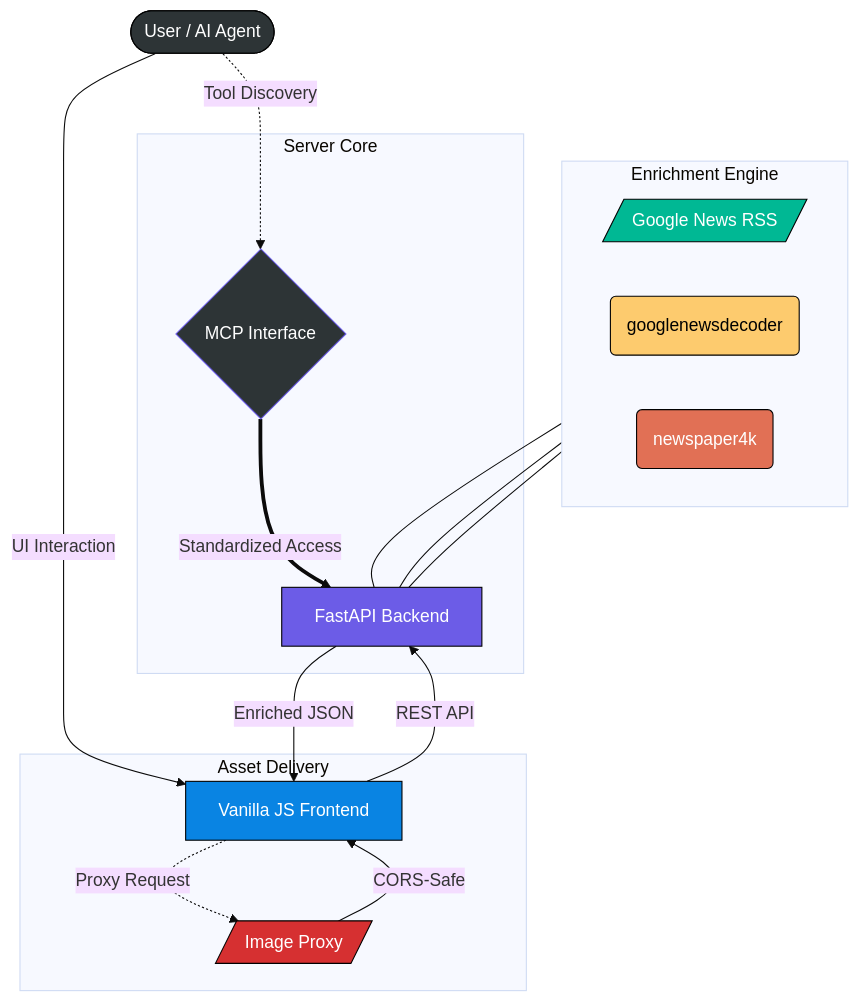
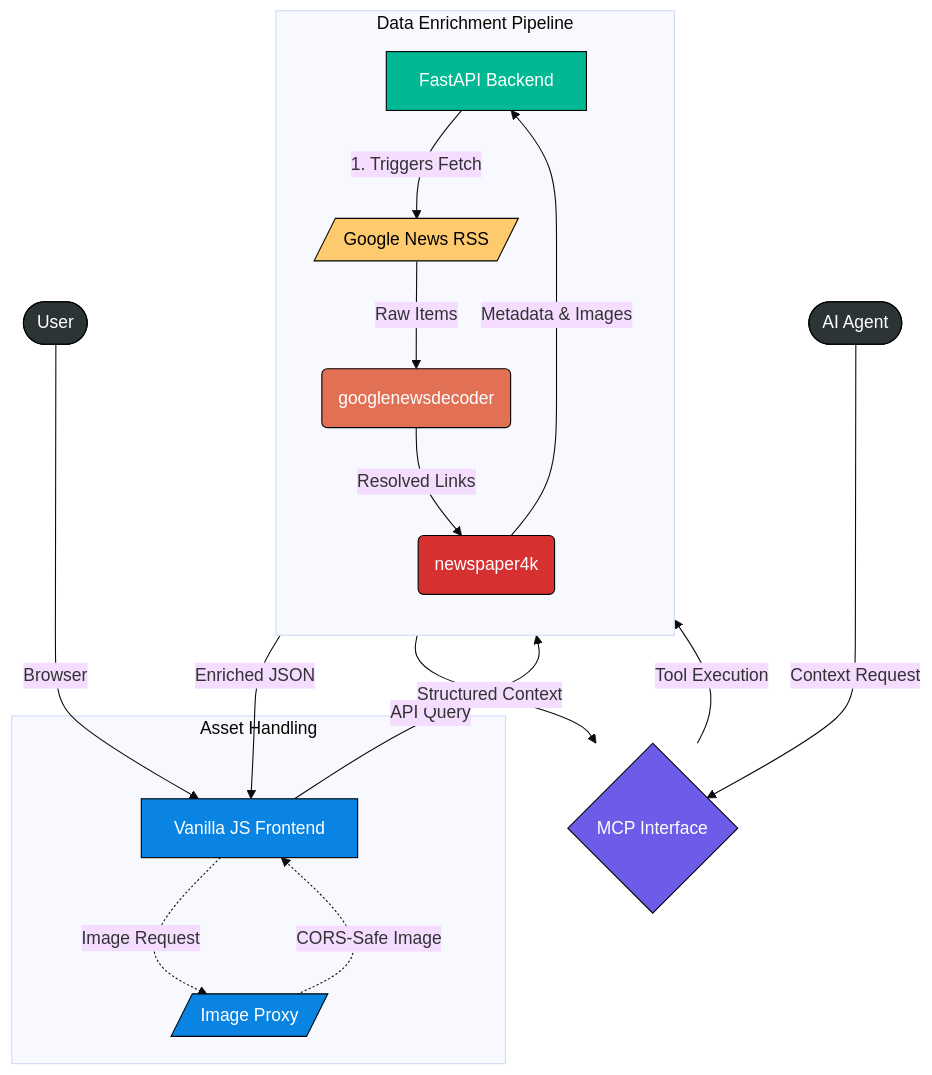
The diagram in README.md (aniketqxp/simple-news-aggregator), drawn with Mermaid (base theme) before and after one commit.

Commit message:
docs: refine system architecture flowchart for clear directional flow and MCP integration

````diff
--- a/README.md
+++ b/README.md
@@ -16,38 +16,39 @@
 ```mermaid
 graph TD
-    %% Node Definitions
-    U([User / AI Agent]) -->|UI Interaction| FE[Vanilla JS Frontend]
-    U -.->|Tool Discovery| MCP{MCP Interface}
+    %% Client Layer
+    U([User]) -->|Browser| FE[Vanilla JS Frontend]
+    AI([AI Agent]) -->|Context Request| MCP{MCP Interface}
     
-    subgraph "Server Core"
-        BE[FastAPI Backend]
-        MCP ==>|Standardized Access| BE
+    %% Application Layer
+    FE -->|API Query| BE[FastAPI Backend]
+    MCP -->|Tool Execution| BE
+    
+    subgraph "Data Enrichment Pipeline"
+        direction TB
+        RSS[/Google News RSS/] -->|Raw Items| DEC(googlenewsdecoder)
+        DEC -->|Resolved Links| SCR(newspaper4k)
+        SCR -->|Metadata & Images| BE
     end
     
-    FE -->|REST API| BE
+    BE -->|1. Triggers Fetch| RSS
     
-    subgraph "Enrichment Engine"
-        direction LR
-        RSS[/Google News RSS/] --- BE
-        DEC(googlenewsdecoder) --- BE
-        SCR(newspaper4k) --- BE
+    %% Response Layer
+    BE -->|Enriched JSON| FE
+    BE -->|Structured Context| MCP
+    
+    subgraph "Asset Handling"
+        FE -.->|Image Request| PRX[/Image Proxy/]
+        PRX -.->|CORS-Safe Image| FE
     end
-    
-    BE -->|Enriched JSON| FE
-    
-    subgraph "Asset Delivery"
-        PRX[/Image Proxy/] -->|CORS-Safe| FE
-    end
-    
-    FE -.->|Proxy Request| PRX
 
     %% Styling
     style U fill:#2d3436,stroke:#000,color:#fff
+    style AI fill:#2d3436,stroke:#000,color:#fff
     style FE fill:#0984e3,stroke:#000,color:#fff
-    style BE fill:#6c5ce7,stroke:#000,color:#fff
-    style MCP fill:#2d3436,stroke:#6c5ce7,color:#fff
-    style RSS fill:#00b894,stroke:#000,color:#fff
-    style DEC fill:#fdcb6e,stroke:#000,color:#000
-    style SCR fill:#e17055,stroke:#000,color:#fff
-    style PRX fill:#d63031,stroke:#000,color:#fff
+    style MCP fill:#6c5ce7,stroke:#000,color:#fff
+    style BE fill:#00b894,stroke:#000,color:#fff
+    style RSS fill:#fdcb6e,stroke:#000,color:#000
+    style DEC fill:#e17055,stroke:#000,color:#fff
+    style SCR fill:#d63031,stroke:#000,color:#fff
+    style PRX fill:#0984e3,stroke:#000,color:#fff
 ```
````
